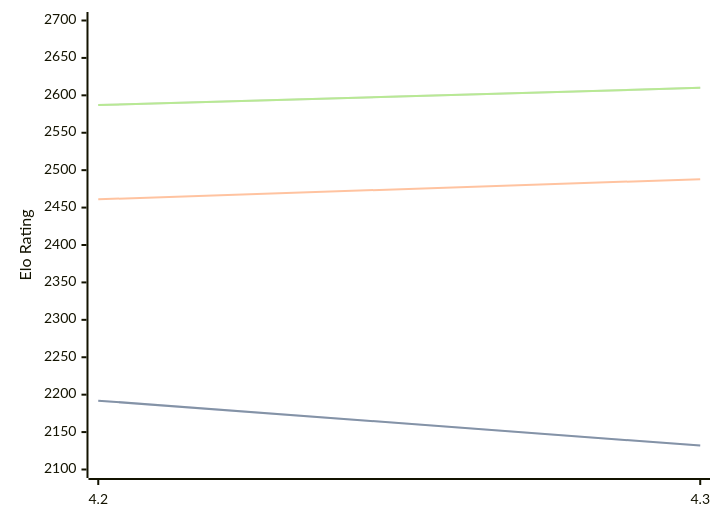
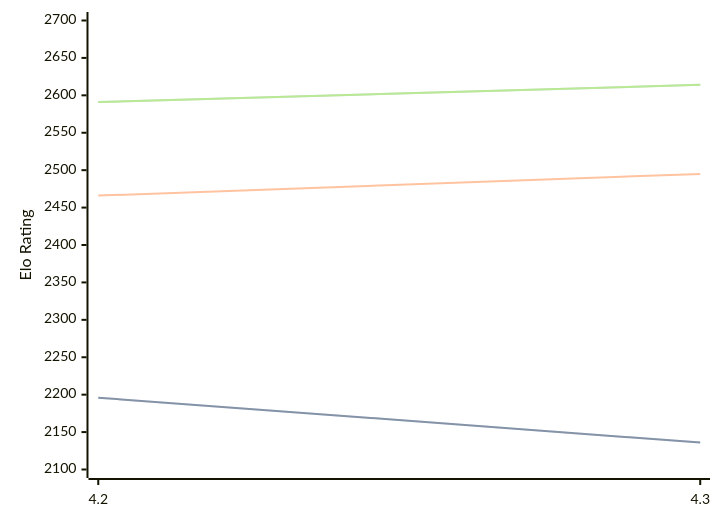
The diagram in engines/Eubos.md (computer-chess-index/cci), drawn with Mermaid before and after one commit. The commit also changed other lines of this file, not shown here.

Commit message:
Update CCI Ratings (ELO VLTC) - 2026-04-18

````diff
--- a/engines/Eubos.md
+++ b/engines/Eubos.md
@@ -88,11 +88,11 @@
 ```mermaid
 %%{init: {"theme":"base","themeVariables":{"seriesColors:['#a3a3a3','#222221','#faa371']}}}%%
 xychart-beta
   x-axis ["4.2", "4.3"]
   y-axis "Elo Rating" 2100 --> 2700
-  line "STC (8.0+0.08s)" [2192, 2132]
-  line "STC (8.0+0.08s)" [2192, 2132]
-  line "LTC (60.0+0.60s)" [2461, 2488]
-  line "VLTC (2m24s+1.12s)" [2587, 2610]
-  line "VLTC (2m24s+1.12s)" [2587, 2610]
+  line "STC (8.0+0.08s)" [2196, 2136]
+  line "STC (8.0+0.08s)" [2196, 2136]
+  line "LTC (60.0+0.60s)" [2466, 2495]
+  line "VLTC (2m24s+1.12s)" [2591, 2614]
+  line "VLTC (2m24s+1.12s)" [2591, 2614]
 ```
````
